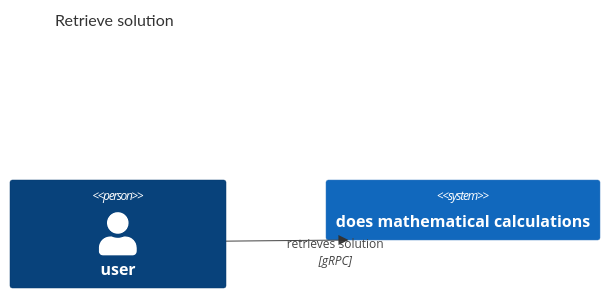
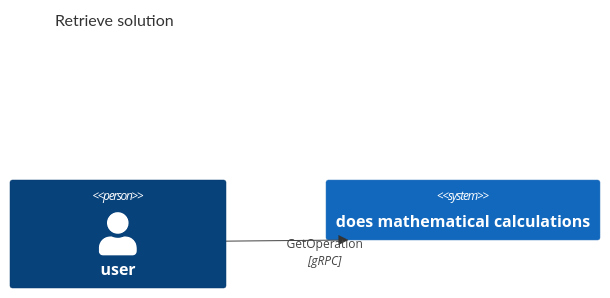
One commit to vickleford/calculator changed the second of 3 diagrams in README.md. Above: the diagram before and after it, drawn with Mermaid. The commit also changed other lines of this file, not shown here.

````diff
--- a/README.md
+++ b/README.md
@@ -21,8 +22,8 @@
 ```mermaid
 C4Context
 title Retrieve solution
 
 Person(actor, "user")
 System(calculator, "does mathematical calculations")
-Rel(actor, calculator, "retrieves solution", "gRPC")
+Rel(actor, calculator, "GetOperation", "gRPC")
 ```
````
